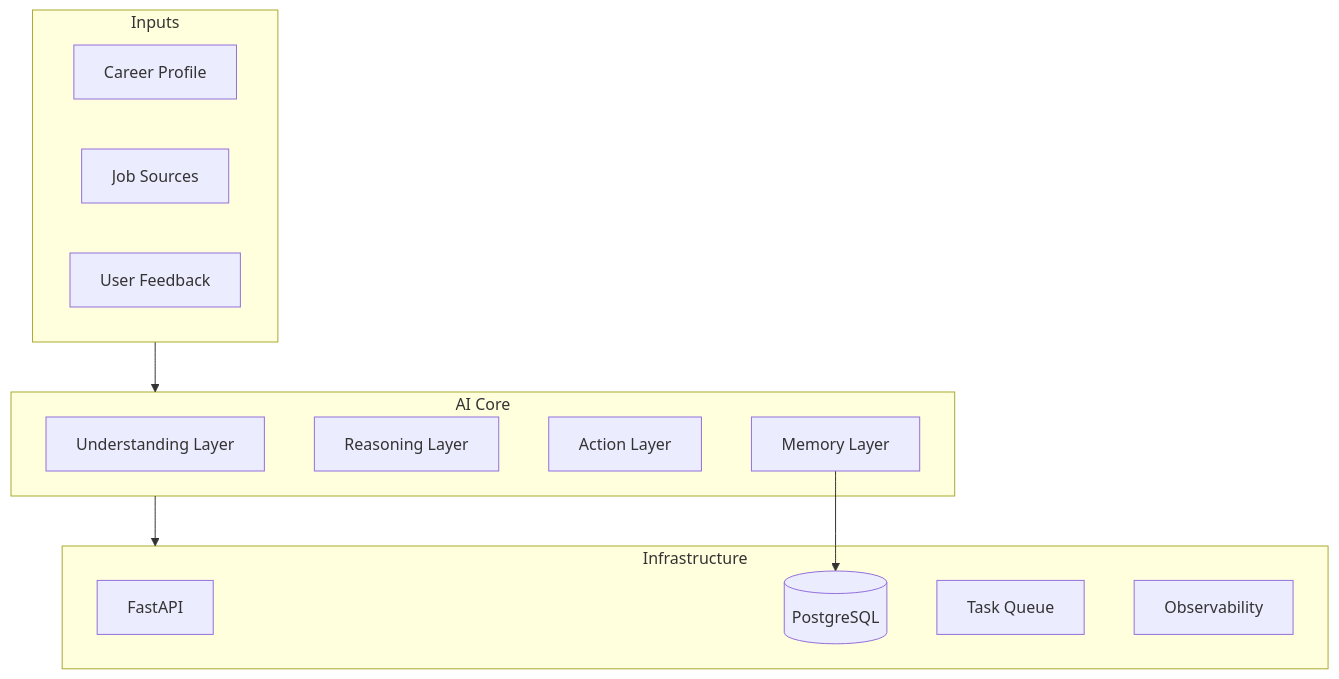
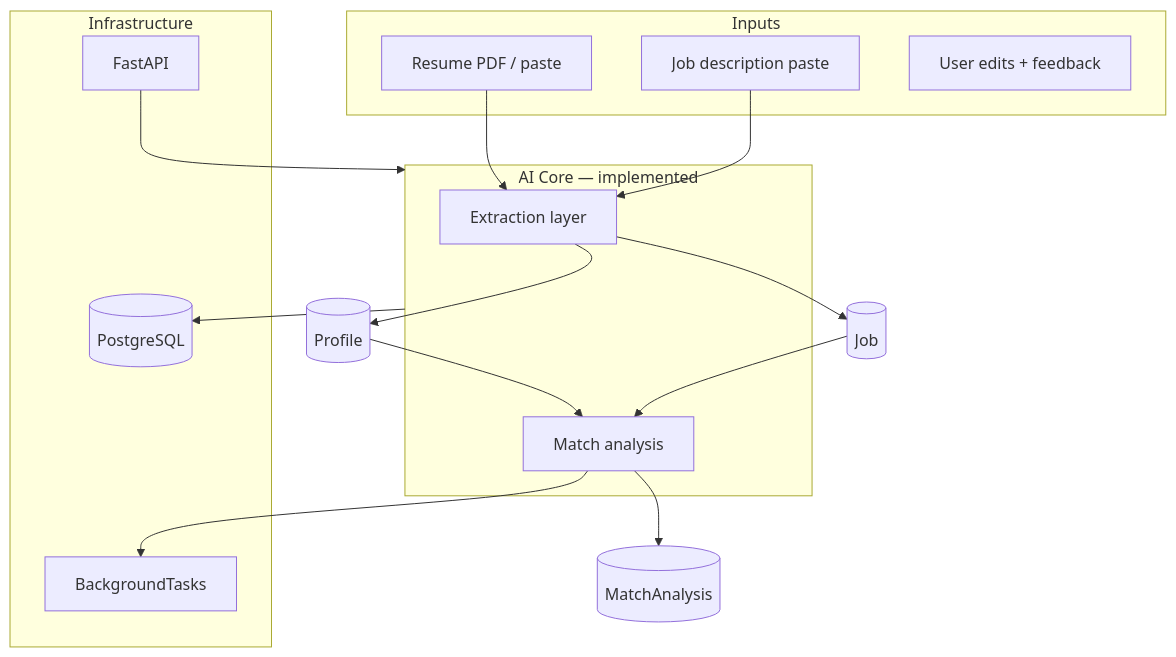
One commit to Englishpersonfaeroeislands211/ai-career-os changed the first of 2 diagrams in docs/architecture.md. Above: the diagram before and after it, drawn with Mermaid. The commit also changed other lines of this file and 10 other files, not shown here.

First line of the commit message:
docs: realign roadmap after match-on-insert product pivot

````diff
--- a/docs/architecture.md
+++ b/docs/architecture.md
@@ -5,26 +5,28 @@
 ```mermaid
 flowchart TB
     subgraph inputs [Inputs]
-        Profile[Career Profile]
-        Jobs[Job Sources]
-        Feedback[User Feedback]
+        Resume[Resume PDF / paste]
+        JD[Job description paste]
+        Feedback[User edits + feedback]
     end
 
-    subgraph core [AI Core]
-        Understand[Understanding Layer]
-        Reason[Reasoning Layer]
-        Act[Action Layer]
-        Memory[Memory Layer]
+    subgraph core [AI Core — implemented]
+        Extract[Extraction layer]
+        Match[Match analysis]
     end
 
     subgraph infra [Infrastructure]
         API[FastAPI]
         DB[(PostgreSQL)]
-        Queue[Task Queue]
-        Obs[Observability]
+        BG[BackgroundTasks]
     end
 
-    inputs --> core
-    core --> infra
-    Memory --> DB
+    Resume --> Extract --> Profile[(Profile)]
+    JD --> Extract --> Job[(Job)]
+    Profile --> Match
+    Job --> Match
+    Match --> Analysis[(MatchAnalysis)]
+    API --> core
+    core --> DB
+    Match --> BG
 ```
````
